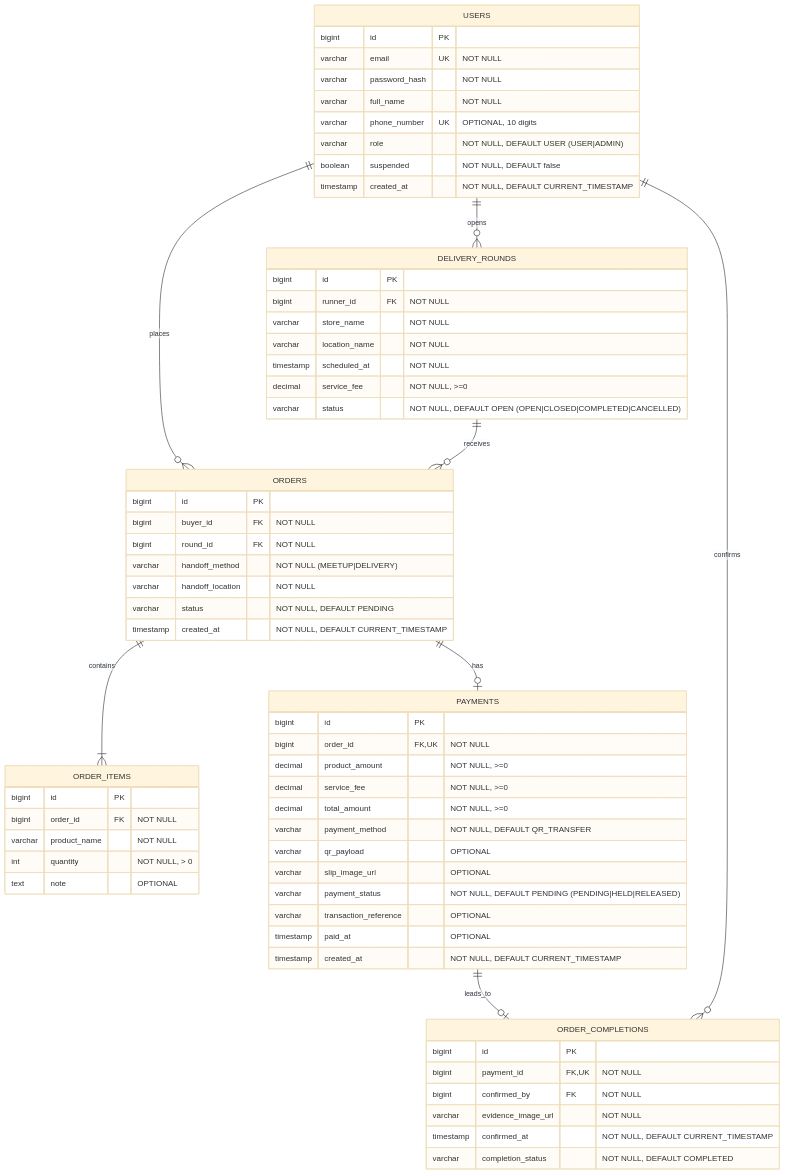
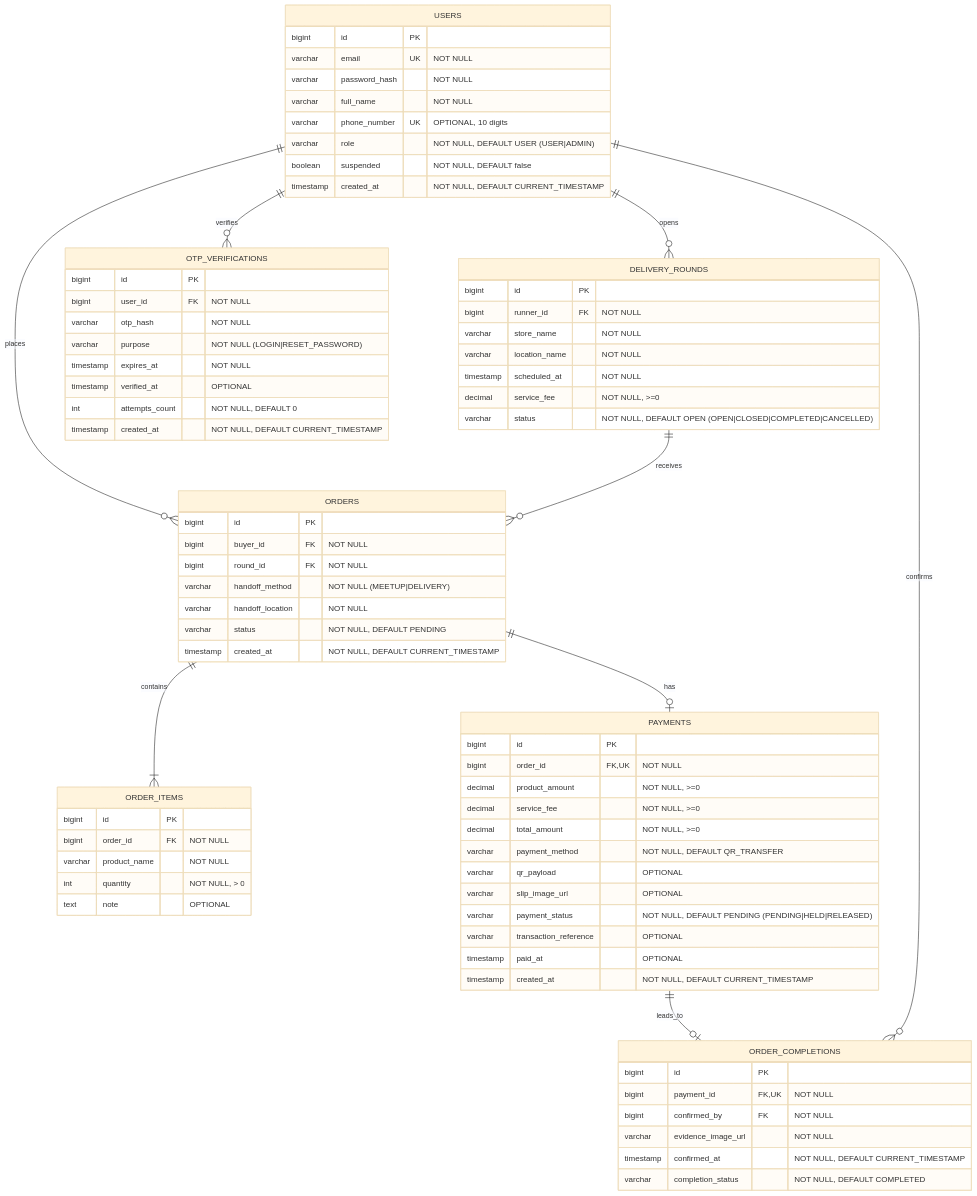
One commit to BlackyB0o/CS261_650001_group5 changed the diagram in docs/database/ERD.md. Above: the diagram before and after it, drawn with Mermaid (base theme).

Commit message:
ERD add OTP_VERIFICATIONS table (Task04)

````diff
--- a/docs/database/ERD.md
+++ b/docs/database/ERD.md
@@ -16,6 +16,9 @@
     ORDERS ||--o| PAYMENTS : has
     PAYMENTS ||--o| ORDER_COMPLETIONS : leads_to
     USERS ||--o{ ORDER_COMPLETIONS : confirms
+
+    %% Task 04 - ลงทะเบียน/เข้าสู่ระบบ + OTP
+    USERS ||--o{ OTP_VERIFICATIONS : verifies
 
     %% Task 04, 54 - ผู้ใช้ (role, suspended เพิ่มสำหรับ Admin US10)
     USERS {
@@ -85,4 +88,16 @@
         timestamp confirmed_at "NOT NULL, DEFAULT CURRENT_TIMESTAMP"
         varchar completion_status "NOT NULL, DEFAULT COMPLETED"
     }
+
+    %% Task 04 - OTP Verification
+    OTP_VERIFICATIONS {
+        bigint id PK
+        bigint user_id FK "NOT NULL"
+        varchar otp_hash "NOT NULL"
+        varchar purpose "NOT NULL (LOGIN|RESET_PASSWORD)"
+        timestamp expires_at "NOT NULL"
+        timestamp verified_at "OPTIONAL"
+        int attempts_count "NOT NULL, DEFAULT 0"
+        timestamp created_at "NOT NULL, DEFAULT CURRENT_TIMESTAMP"
+    }
 ```
````
